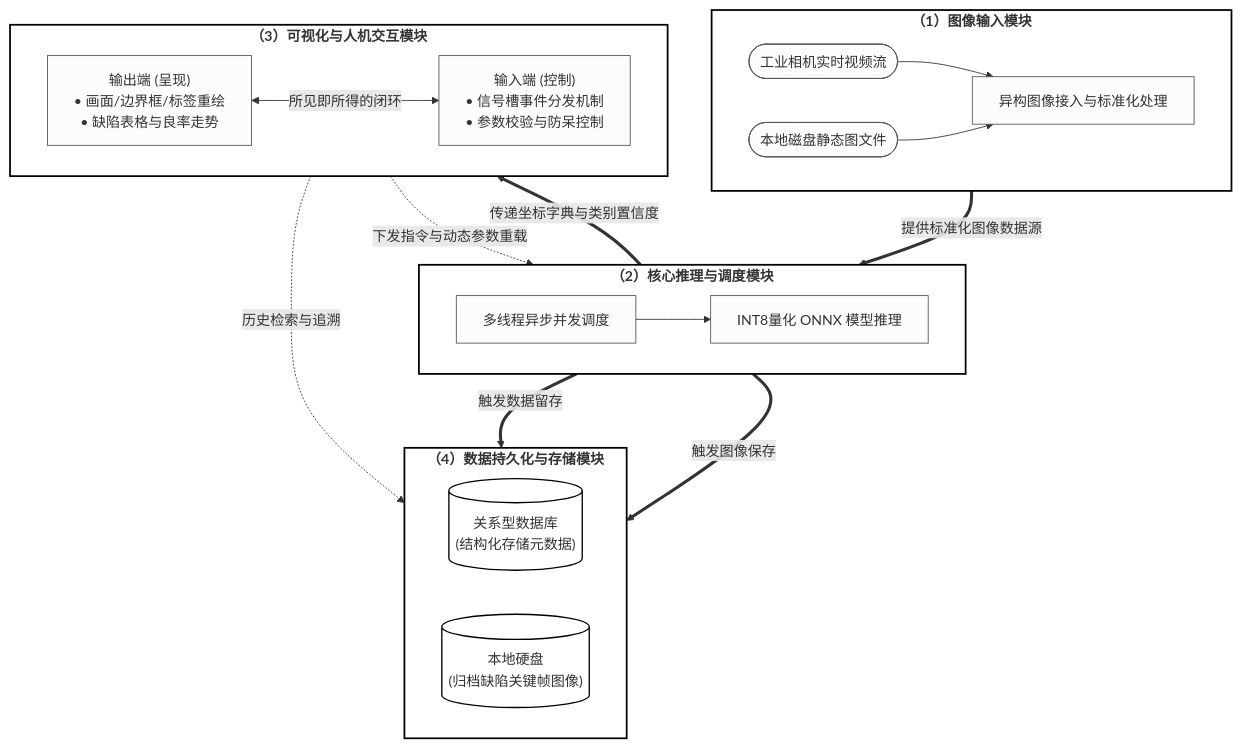
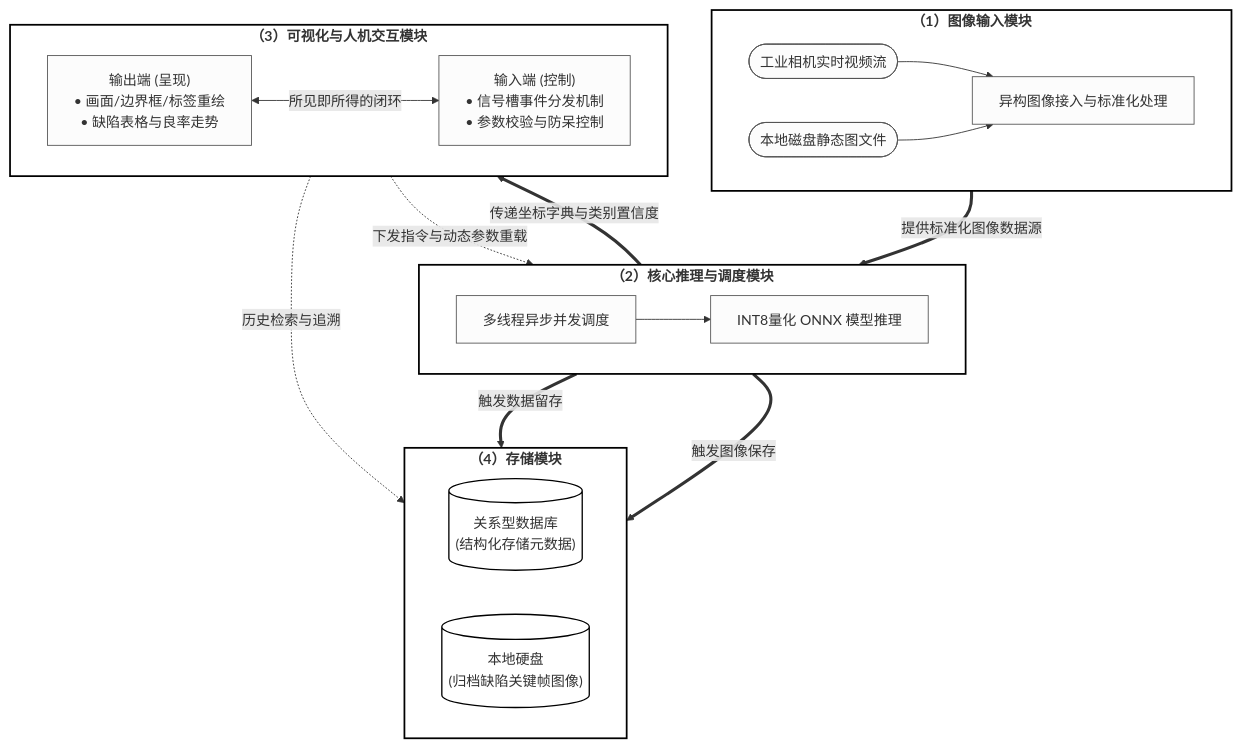
Before and after one commit to MAOSHENGsong/iodraw-files: the diagram in all/未命名.md, drawn with Mermaid.

Commit message:
2026-03-12 14:53:59 update

````diff
--- a/all/未命名.md
+++ b/all/未命名.md
@@ -1,52 +1,52 @@
 ```mermaid
 %%{init: {'flowchart': {'nodeSpacing': 50, 'rankSpacing': 60, 'curve': 'basis'}}}%%
 flowchart TD
     %% 定义整体样式：纯白背景，黑色边框，适合学术论文打印
     classDef moduleNode fill:#ffffff,stroke:#000000,stroke-width:2px,font-weight:bold;
     classDef subNode fill:#fcfcfc,stroke:#555555,stroke-width:1px;
     classDef dbNode fill:#ffffff,stroke:#000000,stroke-width:1.5px;
 
     %% --- 1. 图像输入模块 ---
     subgraph M1 ["（1）图像输入模块"]
         direction LR
         A1([工业相机实时视频流]) --> A3[异构图像接入与标准化处理]
         A2([本地磁盘静态图文件]) --> A3
     end
 
     %% --- 2. 推理模块 ---
     subgraph M2 ["（2）核心推理与调度模块"]
         direction LR
         B1[多线程异步并发调度] --> B2[INT8量化 ONNX 模型推理]
     end
 
     %% --- 3. 可视化与人机交互模块 ---
     subgraph M3 ["（3）可视化与人机交互模块"]
         direction LR
         C1["输出端 (呈现)<br/>• 画面/边界框/标签重绘<br/>• 缺陷表格与良率走势"]
         C2["输入端 (控制)<br/>• 信号槽事件分发机制<br/>• 参数校验与防呆控制"]
         C1 <-->|所见即所得的闭环| C2
     end
 
     %% --- 4. 数据存储模块 ---
-    subgraph M4 ["（4）数据持久化与存储模块"]
+    subgraph M4 ["（4）存储模块"]
         direction LR
         D1[("关系型数据库<br/>(结构化存储元数据)")]
         D2[("本地硬盘<br/>(归档缺陷关键帧图像)")]
     end
 
     %% --- 模块间的数据流向连线 (自上而下瀑布流) ---
     A3 ==>|提供标准化图像数据源| B1
     
     B2 ==>|传递坐标字典与类别置信度| C1
     C2 -.->|下发指令与动态参数重载| B1
     
     B2 ==>|触发数据留存| D1
     B2 ==>|触发图像保存| D2
     
     C1 -.->|历史检索与追溯| D1
 
     %% --- 应用样式 ---
     class M1,M2,M3,M4 moduleNode;
     class A1,A2,A3,B1,B2,C1,C2 subNode;
     class D1,D2 dbNode;
 ```
````
